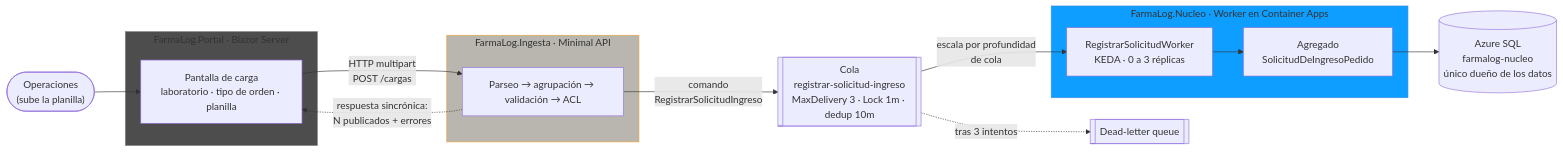
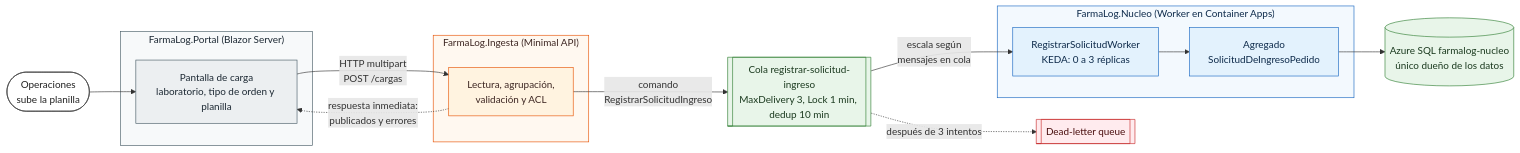
Before and after one commit to RicardoRG96/FarmaLog: the first of 2 diagrams in docs/architecture/arquitectura.md, drawn with Mermaid. The commit also changed other lines of this file, not shown here.

````diff
--- a/docs/architecture/arquitectura.md
+++ b/docs/architecture/arquitectura.md
@@ -9,33 +7,48 @@
 ```mermaid
 flowchart LR
-    Marcela(["Operaciones<br/>(sube la planilla)"])
+    OPS(["Operaciones<br/>sube la planilla"])
 
-    subgraph S1["FarmaLog.Portal · Blazor Server"]
-        UI["Pantalla de carga<br/>laboratorio · tipo de orden · planilla"]
+    subgraph S1["FarmaLog.Portal (Blazor Server)"]
+        UI["Pantalla de carga<br/>laboratorio, tipo de orden y planilla"]
     end
 
-    subgraph S2["FarmaLog.Ingesta · Minimal API"]
-        PIPE["Parseo → agrupación → validación → ACL"]
+    subgraph S2["FarmaLog.Ingesta (Minimal API)"]
+        PIPE["Lectura, agrupación,<br/>validación y ACL"]
     end
 
-    COLA[["Cola<br/>registrar-solicitud-ingreso<br/>MaxDelivery 3 · Lock 1m · dedup 10m"]]
+    COLA[["Cola registrar-solicitud-ingreso<br/>MaxDelivery 3, Lock 1 min, dedup 10 min"]]
 
-    subgraph S3["FarmaLog.Nucleo · Worker en Container Apps"]
-        W["RegistrarSolicitudWorker<br/>KEDA · 0 a 3 réplicas"]
+    subgraph S3["FarmaLog.Nucleo (Worker en Container Apps)"]
+        W["RegistrarSolicitudWorker<br/>KEDA: 0 a 3 réplicas"]
         AGG["Agregado<br/>SolicitudDeIngresoPedido"]
     end
 
-    DB[("Azure SQL<br/>farmalog-nucleo<br/>único dueño de los datos")]
+    DB[("Azure SQL farmalog-nucleo<br/>único dueño de los datos")]
+    DLQ[["Dead-letter queue"]]
 
-    Marcela --> UI
+    OPS --> UI
     UI -->|"HTTP multipart<br/>POST /cargas"| PIPE
-    PIPE -.->|"respuesta sincrónica:<br/>N publicados + errores"| UI
+    PIPE -.->|"respuesta inmediata:<br/>publicados y errores"| UI
     PIPE -->|"comando<br/>RegistrarSolicitudIngreso"| COLA
-    COLA -->|"escala por profundidad<br/>de cola"| W
+    COLA -->|"escala según<br/>mensajes en cola"| W
     W --> AGG --> DB
-    COLA -.->|"tras 3 intentos"| DLQ[["Dead-letter queue"]]
+    COLA -.->|"después de 3 intentos"| DLQ
 
-    style S2 fill:#B8B6AE,stroke:#e8a33d
-    style S3 fill:#0D9EFF,stroke:#3d8ee8
-    style S1 fill:#4D4D4D,stroke:#888
+    classDef actor fill:#FFFFFF,stroke:#424242,color:#212121
+    classDef portal fill:#ECEFF1,stroke:#455A64,color:#1C2833
+    classDef ingesta fill:#FFF3E0,stroke:#E65100,color:#3E2723
+    classDef nucleo fill:#E3F2FD,stroke:#1565C0,color:#0D2A4A
+    classDef infra fill:#E8F5E9,stroke:#2E7D32,color:#1B3A1F
+    classDef error fill:#FFEBEE,stroke:#C62828,color:#4A0E0E
+
+    class OPS actor
+    class UI portal
+    class PIPE ingesta
+    class W,AGG nucleo
+    class COLA,DB infra
+    class DLQ error
+
+    style S1 fill:#F7F9FA,stroke:#455A64,color:#1C2833
+    style S2 fill:#FFF8F0,stroke:#E65100,color:#3E2723
+    style S3 fill:#F3F9FE,stroke:#1565C0,color:#0D2A4A
 ```
````
